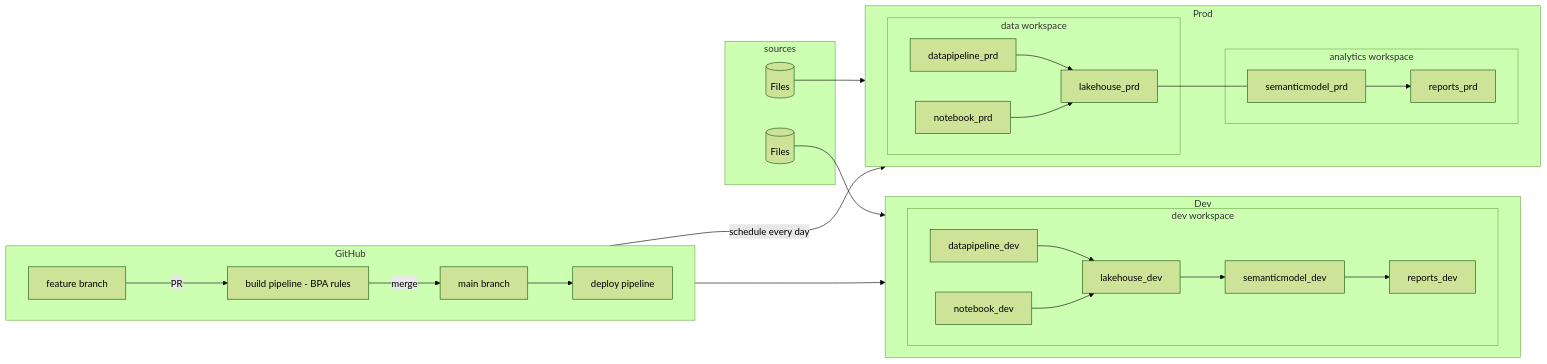
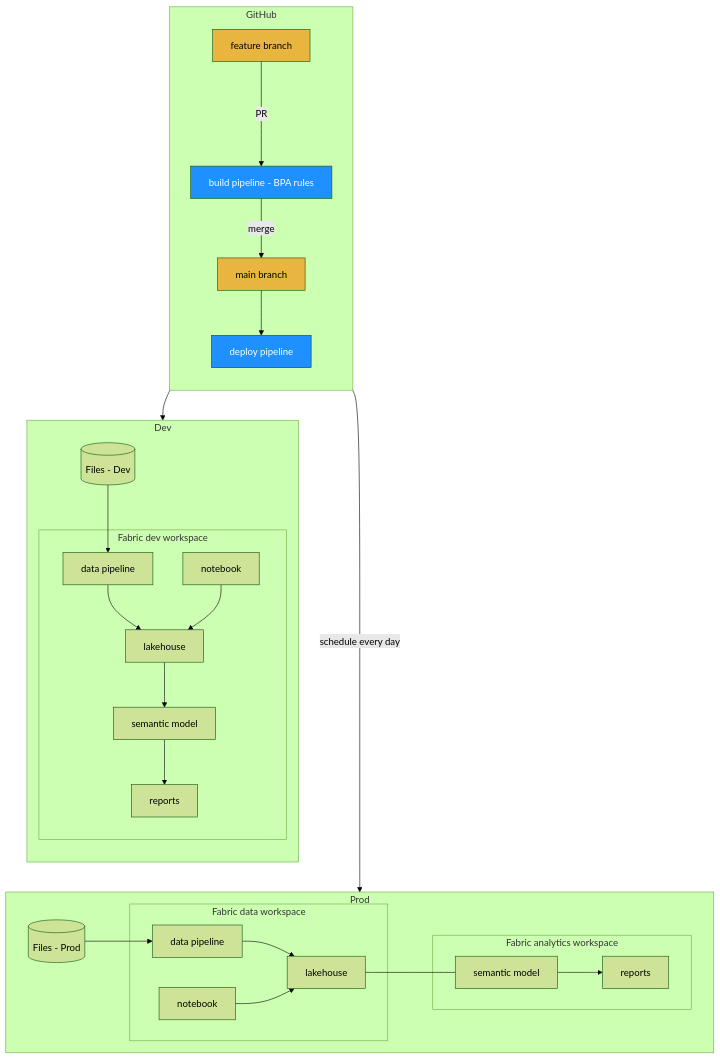
One commit to RuiRomano/fabric-cli-powerbi-cicd-sample changed the diagram in README.md. Above: the diagram before and after it, drawn with Mermaid (forest theme). The commit also changed 2 other files, not shown here.

Commit message:
prd scenario

````diff
--- a/README.md
+++ b/README.md
@@ -33,58 +33,62 @@
 ```mermaid
-flowchart LR
+flowchart TB
 
-    subgraph sources                
-        data_prd[(Files)]
-        data_dev[(Files)]
+    subgraph GitHub
+        direction TB
+        feature[feature branch]:::gh_branch
+        main[main branch]:::gh_branch
+        build[build pipeline - BPA rules]:::gh_action
+        deploy[deploy pipeline]:::gh_action        
     end
 
-    subgraph GitHub
-        direction LR
-        feature[feature branch]:::branch
-        main[main branch]:::branch
-        build[build pipeline - BPA rules]:::gh_workflow
-        deploy[deploy pipeline]:::gh_workflow        
-    end
+    data_dev[(Files - Dev)]
 
     subgraph Dev
-        direction LR
-        subgraph workspace_dev[dev workspace]
-            datapipeline_dev
-            notebook_dev
-            lakehouse_dev
-            semanticmodel_dev
-            reports_dev
+        direction TB
+        
+        subgraph workspace_dev[Fabric dev workspace]
+            datapipeline_dev[data pipeline]
+            notebook_dev[notebook]
+            lakehouse_dev[lakehouse]
+            semanticmodel_dev[semantic model]
+            reports_dev[reports]
         end     
+
         data_dev-->datapipeline_dev
         datapipeline_dev-->lakehouse_dev
         notebook_dev-->lakehouse_dev
         semanticmodel_dev-->reports_dev
         lakehouse_dev-->semanticmodel_dev
     end
 
+    data_prd[(Files - Prod)]
+
     subgraph Prod
         direction LR
-        subgraph workspace_data[data workspace]
-            datapipeline_prd
-            notebook_prd
-            lakehouse_prd         
+        
+        subgraph workspace_data[Fabric data workspace]
+            datapipeline_prd[data pipeline]
+            notebook_prd[notebook]
+            lakehouse_prd[lakehouse] 
         end
-        subgraph workspace_analytics[analytics workspace]
-            semanticmodel_prd
-            reports_prd
+        subgraph workspace_analytics[Fabric analytics workspace]
+            semanticmodel_prd[semantic model]
+            reports_prd[reports]
         end        
                 
         data_prd-->datapipeline_prd
         
         datapipeline_prd-->lakehouse_prd
         notebook_prd-->lakehouse_prd
         semanticmodel_prd-->reports_prd    
         lakehouse_prd---semanticmodel_prd
     end
     
-
     feature-- PR --->build-- merge --> main --> deploy --> Dev
     
     deploy-- schedule every day --->Prod
 
+    classDef gh_action fill: #1E90FF, color:white;
+    classDef gh_branch fill:#e8b63e;    
+
 ```
````
